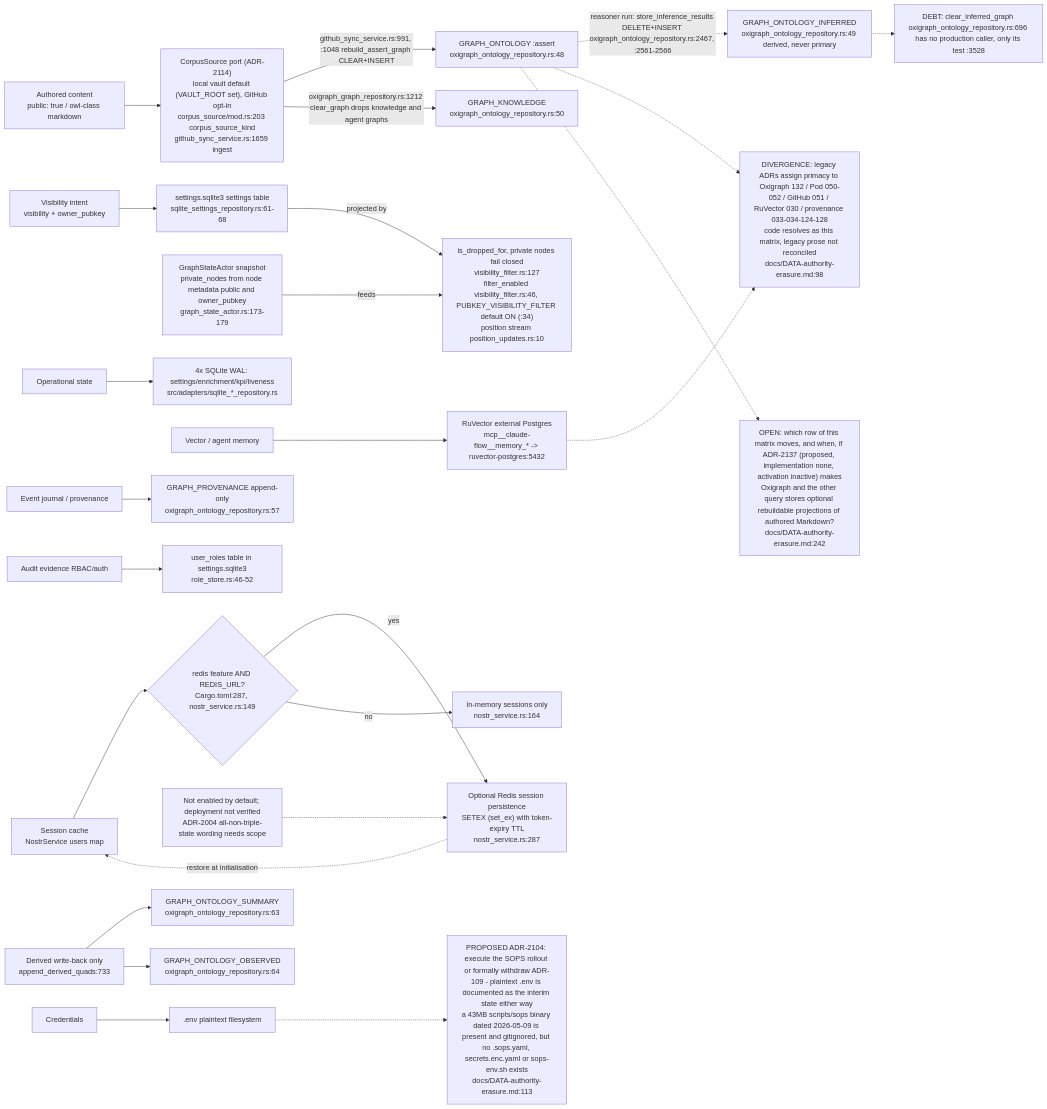
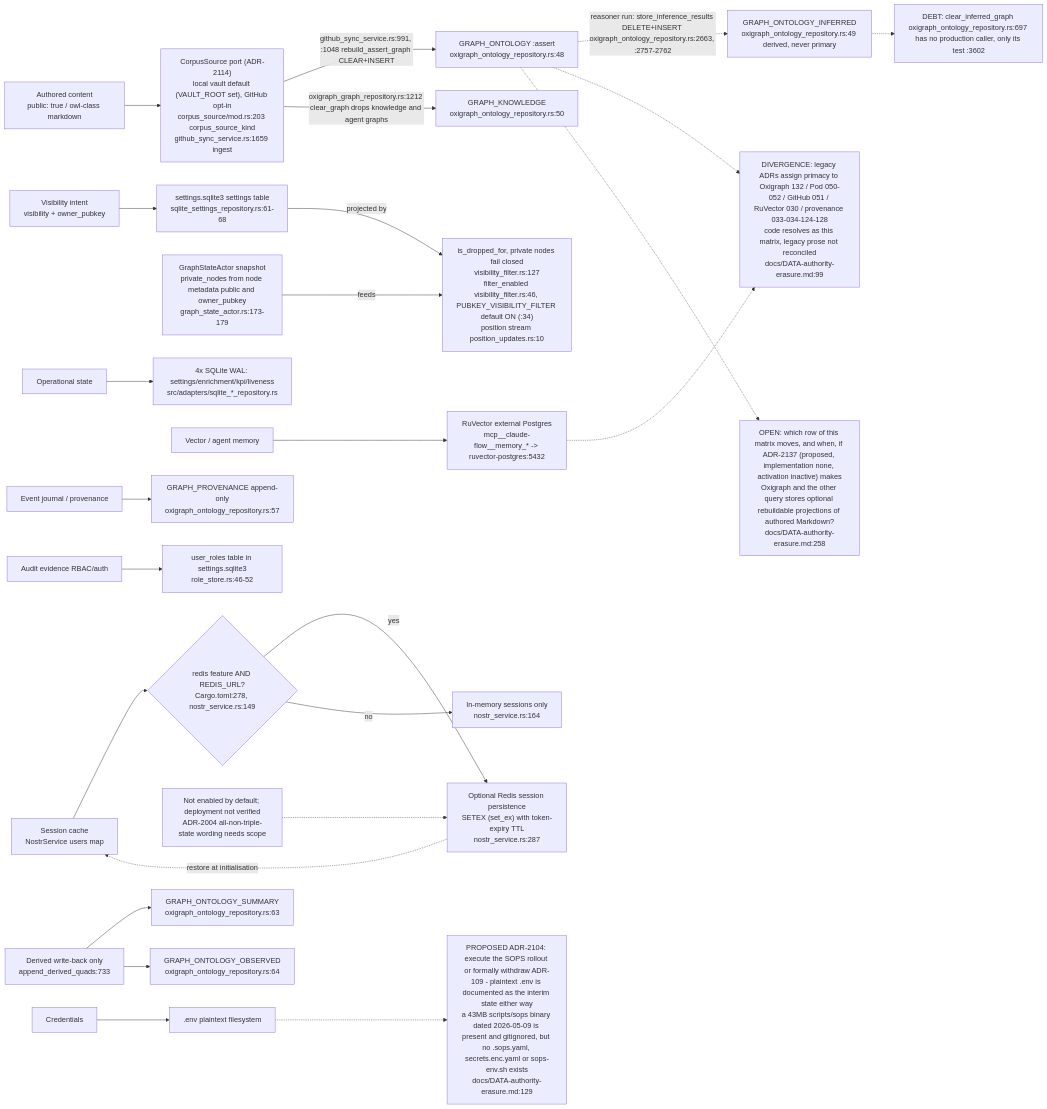
The first of 14 diagrams in docs/diagrams/visionclaw/22-data-authority-provenance-erasure.md (DreamLab-AI/VisionFlow), drawn with Mermaid before and after one commit. The commit also changed other lines of this file and 46 other files, not shown here.

Commit message:
docs(diagrams): re-verify VisionClaw topics at 809a859aa/a950f4d80 after the consolidation pass

````diff
--- a/docs/diagrams/visionclaw/22-data-authority-provenance-erasure.md
+++ b/docs/diagrams/visionclaw/22-data-authority-provenance-erasure.md
@@ -62,44 +64,44 @@
 ```mermaid
 flowchart LR
     AuthContent["Authored content<br/>public: true / owl-class markdown"] --> CorpusSrc["CorpusSource port (ADR-2114)<br/>local vault default (VAULT_ROOT set), GitHub opt-in<br/>corpus_source/mod.rs:203 corpus_source_kind<br/>github_sync_service.rs:1659 ingest"]
     CorpusSrc -->|"github_sync_service.rs:991, :1048 rebuild_assert_graph CLEAR+INSERT"| AssertGraph["GRAPH_ONTOLOGY :assert<br/>oxigraph_ontology_repository.rs:48"]
     CorpusSrc -->|"oxigraph_graph_repository.rs:1212 clear_graph drops knowledge and agent graphs"| KnowledgeGraph["GRAPH_KNOWLEDGE<br/>oxigraph_ontology_repository.rs:50"]
 
     VisIntent["Visibility intent<br/>visibility + owner_pubkey"] --> SettingsDB["settings.sqlite3 settings table<br/>sqlite_settings_repository.rs:61-68"]
     SettingsDB -->|"projected by"| VisFilter["is_dropped_for, private nodes fail closed<br/>visibility_filter.rs:127<br/>filter_enabled visibility_filter.rs:46, PUBKEY_VISIBILITY_FILTER default ON (:34)<br/>position stream position_updates.rs:10"]
     GraphActor["GraphStateActor snapshot<br/>private_nodes from node metadata public and owner_pubkey<br/>graph_state_actor.rs:173-179"] -->|"feeds"| VisFilter
 
-    AssertGraph -.->|"reasoner run: store_inference_results DELETE+INSERT oxigraph_ontology_repository.rs:2467, :2561-2566"| InferredGraph["GRAPH_ONTOLOGY_INFERRED<br/>oxigraph_ontology_repository.rs:49 derived, never primary"]
+    AssertGraph -.->|"reasoner run: store_inference_results DELETE+INSERT oxigraph_ontology_repository.rs:2663, :2757-2762"| InferredGraph["GRAPH_ONTOLOGY_INFERRED<br/>oxigraph_ontology_repository.rs:49 derived, never primary"]
 
     OpState["Operational state"] --> SqliteFour["4x SQLite WAL: settings/enrichment/kpi/liveness<br/>src/adapters/sqlite_*_repository.rs"]
 
     VectorMem["Vector / agent memory"] --> RuVector["RuVector external Postgres<br/>mcp__claude-flow__memory_* -> ruvector-postgres:5432"]
 
     EventJournal["Event journal / provenance"] --> ProvGraph["GRAPH_PROVENANCE append-only<br/>oxigraph_ontology_repository.rs:57"]
 
     AuditRBAC["Audit evidence RBAC/auth"] --> RoleTable["user_roles table in settings.sqlite3<br/>role_store.rs:46-52"]
 
-    Sessions["Session cache<br/>NostrService users map"] --> RedisGate{"redis feature AND REDIS_URL?<br/>Cargo.toml:287, nostr_service.rs:149"}
+    Sessions["Session cache<br/>NostrService users map"] --> RedisGate{"redis feature AND REDIS_URL?<br/>Cargo.toml:278, nostr_service.rs:149"}
     RedisGate -->|yes| Redis["Optional Redis session persistence<br/>SETEX (set_ex) with token-expiry TTL<br/>nostr_service.rs:287"]
     RedisGate -->|no| Memory["In-memory sessions only<br/>nostr_service.rs:164"]
     Redis -.->|"restore at initialisation"| Sessions
     RedisScope["Not enabled by default; deployment not verified<br/>ADR-2004 all-non-triple-state wording needs scope"] -.-> Redis
 
     Credentials["Credentials"] --> DotEnv[".env plaintext filesystem"]
 
     DerivedWB["Derived write-back only<br/>append_derived_quads:733"] --> SummaryGraph["GRAPH_ONTOLOGY_SUMMARY<br/>oxigraph_ontology_repository.rs:63"]
     DerivedWB --> ObservedGraph["GRAPH_ONTOLOGY_OBSERVED<br/>oxigraph_ontology_repository.rs:64"]
 
-    DivLegacy["DIVERGENCE: legacy ADRs assign primacy to Oxigraph 132 / Pod 050-052 / GitHub 051 / RuVector 030 / provenance 033-034-124-128<br/>code resolves as this matrix, legacy prose not reconciled<br/>docs/DATA-authority-erasure.md:98"]
+    DivLegacy["DIVERGENCE: legacy ADRs assign primacy to Oxigraph 132 / Pod 050-052 / GitHub 051 / RuVector 030 / provenance 033-034-124-128<br/>code resolves as this matrix, legacy prose not reconciled<br/>docs/DATA-authority-erasure.md:99"]
     AssertGraph -.-> DivLegacy
     RuVector -.-> DivLegacy
 
-    DivCreds["PROPOSED ADR-2104: execute the SOPS rollout or formally withdraw ADR-109 - plaintext .env is documented as the interim state either way<br/>a 43MB scripts/sops binary dated 2026-05-09 is present and gitignored, but no .sops.yaml, secrets.enc.yaml or sops-env.sh exists<br/>docs/DATA-authority-erasure.md:113"]
+    DivCreds["PROPOSED ADR-2104: execute the SOPS rollout or formally withdraw ADR-109 - plaintext .env is documented as the interim state either way<br/>a 43MB scripts/sops binary dated 2026-05-09 is present and gitignored, but no .sops.yaml, secrets.enc.yaml or sops-env.sh exists<br/>docs/DATA-authority-erasure.md:129"]
     DotEnv -.-> DivCreds
 
-    DebtClear["DEBT: clear_inferred_graph oxigraph_ontology_repository.rs:696 has no production caller, only its test :3528"]
+    DebtClear["DEBT: clear_inferred_graph oxigraph_ontology_repository.rs:697 has no production caller, only its test :3602"]
     InferredGraph -.-> DebtClear
 
-    DivWorkspace["OPEN: which row of this matrix moves, and when, if ADR-2137 (proposed, implementation none, activation inactive) makes<br/>Oxigraph and the other query stores optional rebuildable projections of authored Markdown?<br/>docs/DATA-authority-erasure.md:242"]
+    DivWorkspace["OPEN: which row of this matrix moves, and when, if ADR-2137 (proposed, implementation none, activation inactive) makes<br/>Oxigraph and the other query stores optional rebuildable projections of authored Markdown?<br/>docs/DATA-authority-erasure.md:258"]
     AssertGraph -.-> DivWorkspace
 ```
````
